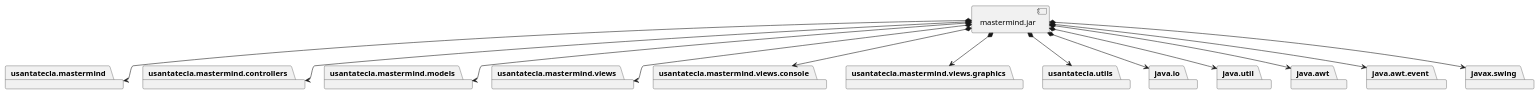
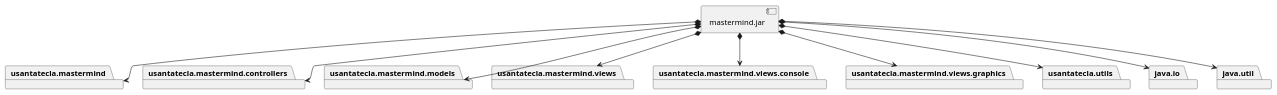
Before and after one commit to SantaTecla-mastermind/solution.java.swing.socket.sql: the first of 2 diagrams in modelViewPresenter/presentationModel/withDoubleDispatching/docs/diagrams/src/vistas.plantuml, drawn with PlantUML. The commit also changed 5 other files, not shown here.

Commit message:
Diagramas anteriores fix

```diff
--- a/modelViewPresenter/presentationModel/withDoubleDispatching/docs/diagrams/src/vistas.plantuml
+++ b/modelViewPresenter/presentationModel/withDoubleDispatching/docs/diagrams/src/vistas.plantuml
@@ -1,41 +1,32 @@
 @startuml desarrollo_implementacion
 package "  "  as usantatecla.mastermind {
 }
 package "  "  as usantatecla.mastermind.controllers {
 }
 package "  "  as usantatecla.mastermind.models {
 }
 package "  "  as usantatecla.mastermind.views {
 }
 package "  "  as usantatecla.mastermind.views.console {
 }
 package "  "  as usantatecla.mastermind.views.graphics {
 }
 package "  "  as usantatecla.utils {
 }
 package "  "  as java.io {
 }
 package "  "  as java.util {
 }
-package "  "  as java.awt {
-}
-package "  "  as java.awt.event {
-}
-package "  "  as javax.swing {
-}
 
 [mastermind.jar] as jar
 
 jar *--> usantatecla.mastermind
 jar *--> usantatecla.mastermind.controllers
 jar *--> usantatecla.mastermind.models
 jar *--> usantatecla.mastermind.views
 jar *--> usantatecla.mastermind.views.console
 jar *--> usantatecla.mastermind.views.graphics
 jar *--> usantatecla.utils
 jar *--> java.io
 jar *--> java.util
-jar *--> java.awt
-jar *--> java.awt.event
-jar *--> javax.swing
 @enduml
```
